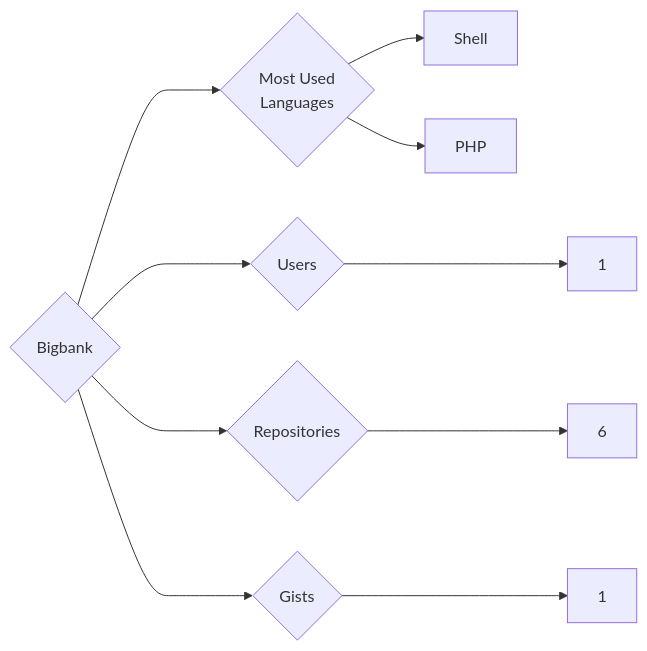
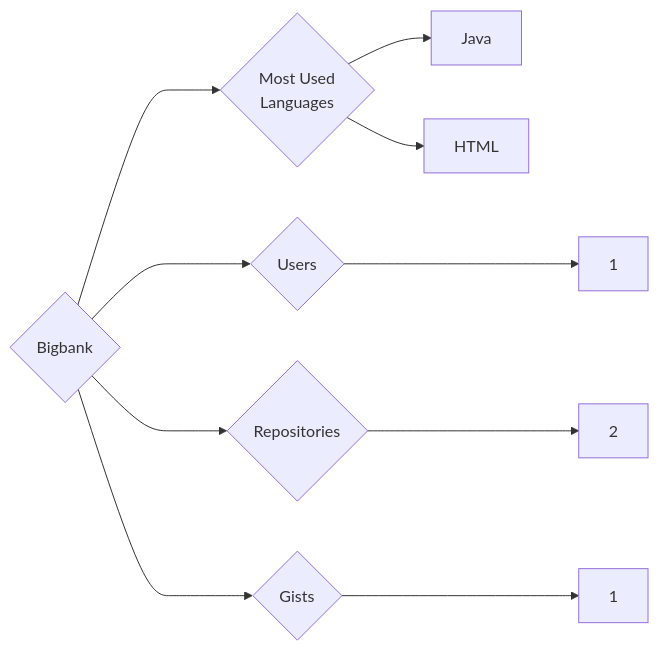
One commit to trickest/insiders changed the diagram in targets/Bigbank/README.md. Above: the diagram before and after it, drawn with Mermaid. The commit also changed 847 other files, not shown here.

````diff
--- a/targets/Bigbank/README.md
+++ b/targets/Bigbank/README.md
@@ -3,10 +3,10 @@
 ```mermaid
 graph LR
 COMPANY_NAME{Bigbank}
 COMPANY_NAME ---> U{Users} ---> UN[1]
-COMPANY_NAME ---> R{Repositories} ---> RN[6]
+COMPANY_NAME ---> R{Repositories} ---> RN[2]
 COMPANY_NAME ---> G{Gists} ---> GN[1]
 COMPANY_NAME ---> ML{Most Used<br>Languages}
-ML --> Shell[Shell]
-ML --> PHP[PHP]
+ML --> Java[Java]
+ML --> HTML[HTML]
 ```
````
